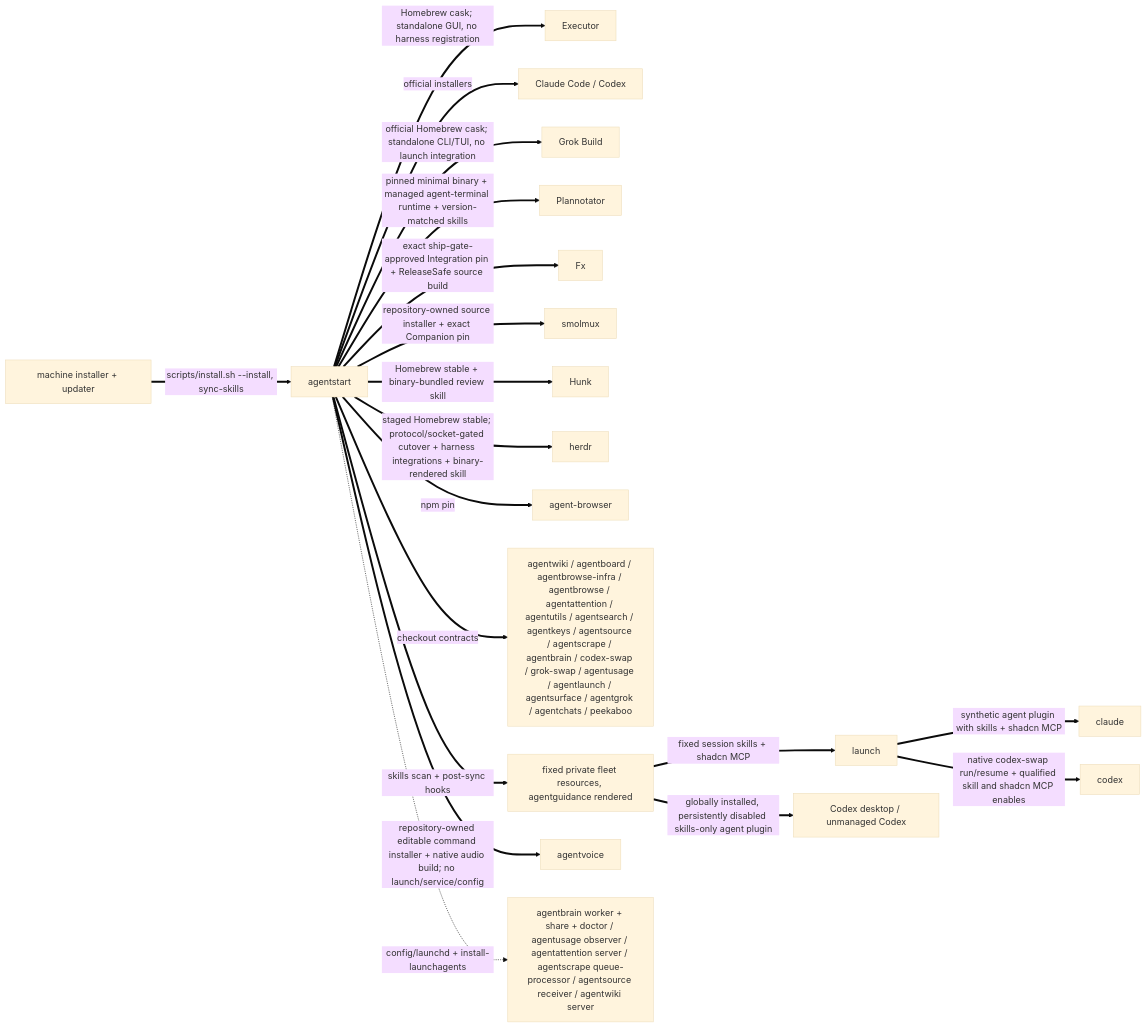
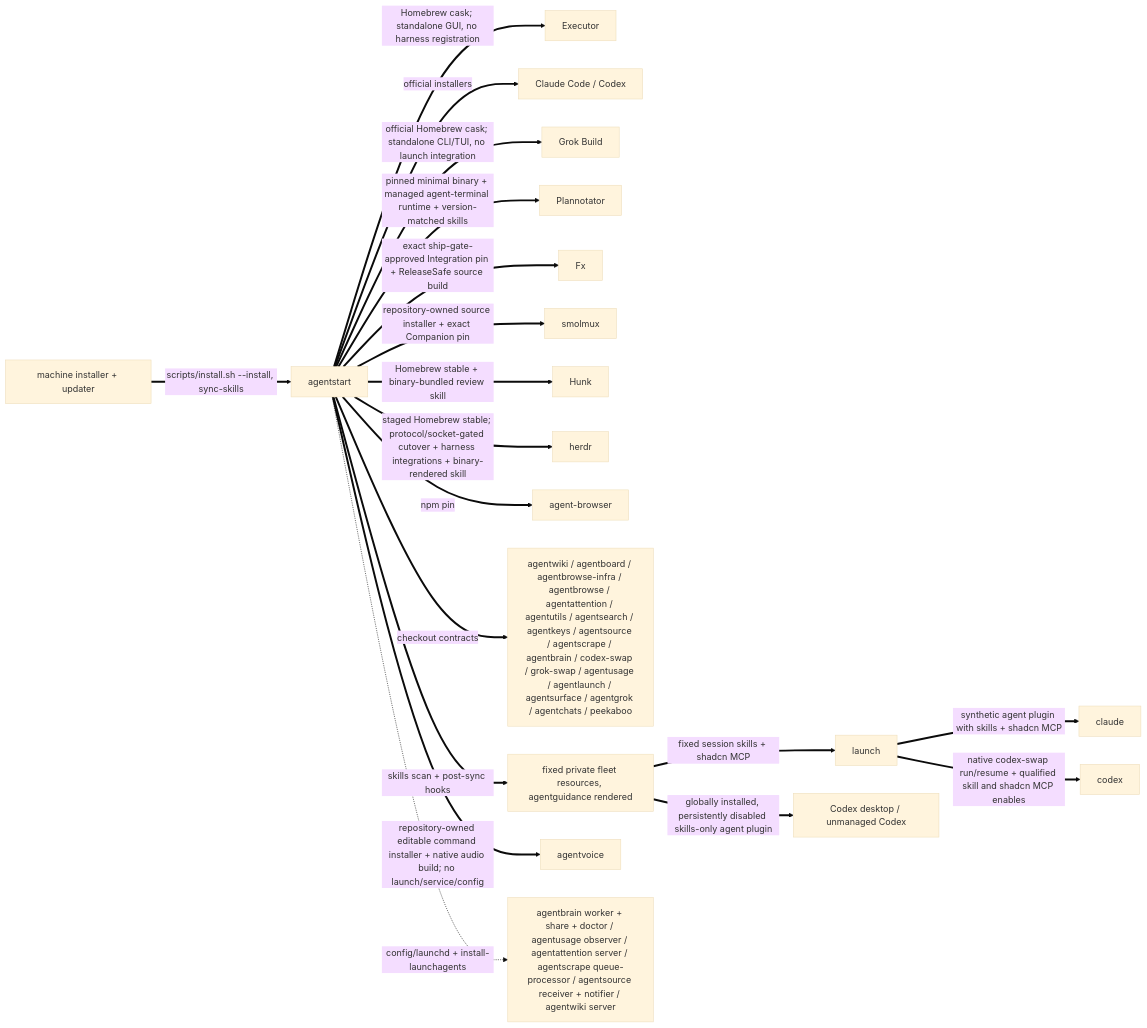
The second of 3 diagrams in skills/fleet/MAP.md (possibilities/agentstart), drawn with Mermaid (base theme) before and after one commit. The commit also changed other lines of this file and 3 other files, not shown here.

First line of the commit message:
Own the agentsource.notifier launch agent: one grouped banner per CI flip

````diff
--- a/skills/fleet/MAP.md
+++ b/skills/fleet/MAP.md
@@ -98,24 +98,24 @@
 ```mermaid
 flowchart LR
     machine[machine installer + updater]
     start[agentstart]
 
     machine ==>|scripts/install.sh --install, sync-skills| start
     start ==>|Homebrew cask; standalone GUI, no harness registration| executor[Executor]
     start ==>|official installers| harnesses[Claude Code / Codex]
     start ==>|official Homebrew cask; standalone CLI/TUI, no launch integration| grok[Grok Build]
     start ==>|pinned minimal binary + managed agent-terminal runtime + version-matched skills| plannotator[Plannotator]
     start ==>|exact ship-gate-approved Integration pin + ReleaseSafe source build| fx[Fx]
     start ==>|repository-owned source installer + exact Companion pin| smolmuxInstall[smolmux]
     start ==>|Homebrew stable + binary-bundled review skill| hunk[Hunk]
     start ==>|staged Homebrew stable; protocol/socket-gated cutover + harness integrations + binary-rendered skill| herdrInstall[herdr]
     start ==>|npm pin| browser[agent-browser]
     start ==>|checkout contracts| fleet[agentwiki / agentboard / agentbrowse-infra / agentbrowse / agentattention / agentutils / agentsearch / agentkeys / agentsource / agentscrape / agentbrain / codex-swap / grok-swap / agentusage / agentlaunch / agentsurface / agentgrok / agentchats / peekaboo]
     start ==>|skills scan + post-sync hooks| skills[fixed private fleet resources, agentguidance rendered]
     start ==>|repository-owned editable command installer + native audio build; no launch/service/config| voiceInstall[agentvoice]
     skills ==>|fixed session skills + shadcn MCP| launch
     launch ==>|synthetic agent plugin with skills + shadcn MCP| claude
     launch ==>|native codex-swap run/resume + qualified skill and shadcn MCP enables| codex
     skills ==>|globally installed, persistently disabled skills-only agent plugin| codexDesktop[Codex desktop / unmanaged Codex]
-    start -.->|config/launchd + install-launchagents| services[agentbrain worker + share + doctor / agentusage observer / agentattention server / agentscrape queue-processor / agentsource receiver / agentwiki server]
+    start -.->|config/launchd + install-launchagents| services[agentbrain worker + share + doctor / agentusage observer / agentattention server / agentscrape queue-processor / agentsource receiver + notifier / agentwiki server]
 ```
````
